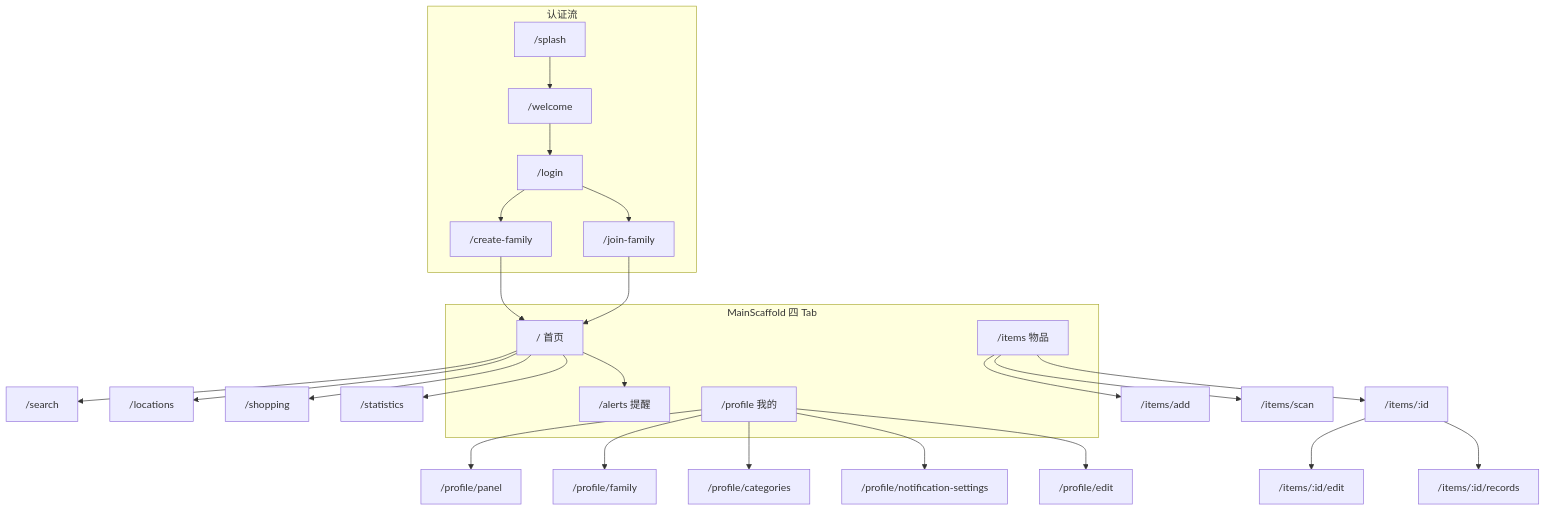
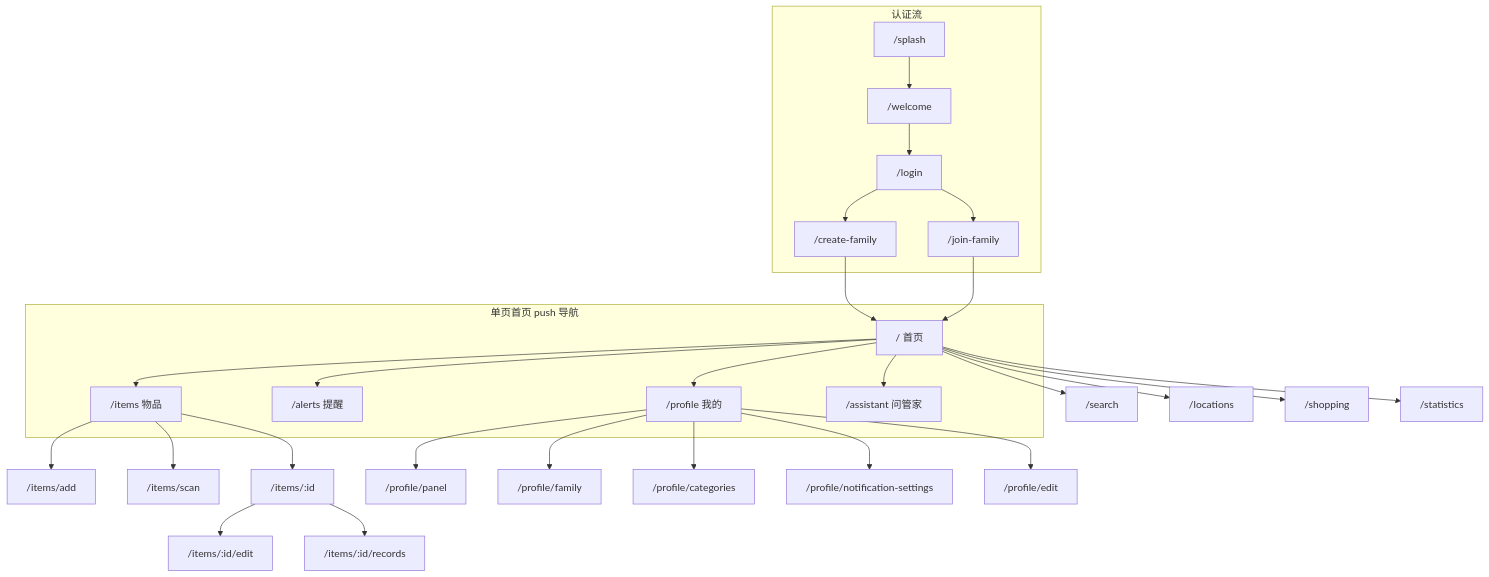
The diagram in doc/design/information-architecture.md (liangweihao/ServerHomeware), drawn with Mermaid before and after one commit. The commit also changed other lines of this file and 97 other files, not shown here.

````diff
--- a/doc/design/information-architecture.md
+++ b/doc/design/information-architecture.md
@@ -47,38 +53,42 @@
 ```mermaid
 flowchart TB
   subgraph auth [认证流]
     splash["/splash"] --> welcome["/welcome"]
     welcome --> login["/login"]
     login --> createFamily["/create-family"]
     login --> joinFamily["/join-family"]
   end
 
-  subgraph shell [MainScaffold 四 Tab]
+  subgraph main [单页首页 push 导航]
     home["/ 首页"]
     items["/items 物品"]
     alerts["/alerts 提醒"]
     profile["/profile 我的"]
+    assistant["/assistant 问管家"]
   end
 
   createFamily --> home
   joinFamily --> home
 
   home --> search["/search"]
   home --> locations["/locations"]
   home --> shopping["/shopping"]
   home --> statistics["/statistics"]
   home --> alerts
+  home --> assistant
+  home --> items
+  home --> profile
 
   items --> add["/items/add"]
   items --> scan["/items/scan"]
   items --> detail["/items/:id"]
 
   detail --> edit["/items/:id/edit"]
   detail --> records["/items/:id/records"]
 
   profile --> panel["/profile/panel"]
   profile --> family["/profile/family"]
   profile --> categories["/profile/categories"]
   profile --> notifSettings["/profile/notification-settings"]
   profile --> editProfile["/profile/edit"]
 ```
````
